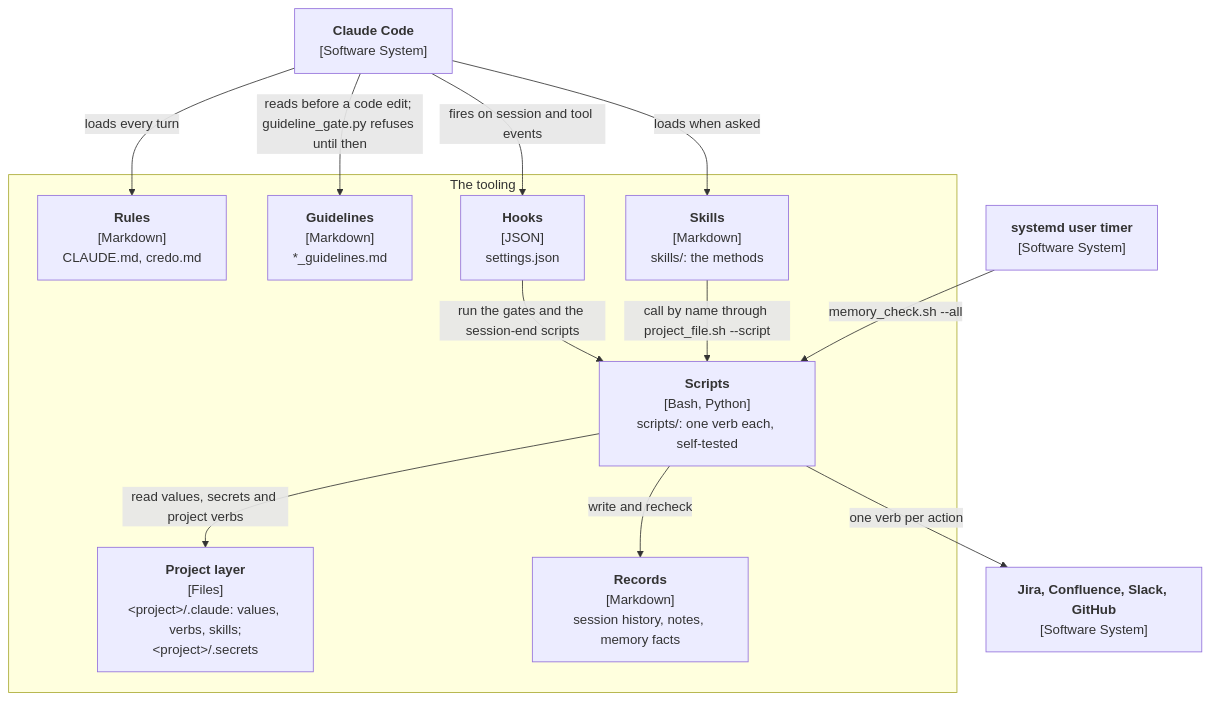
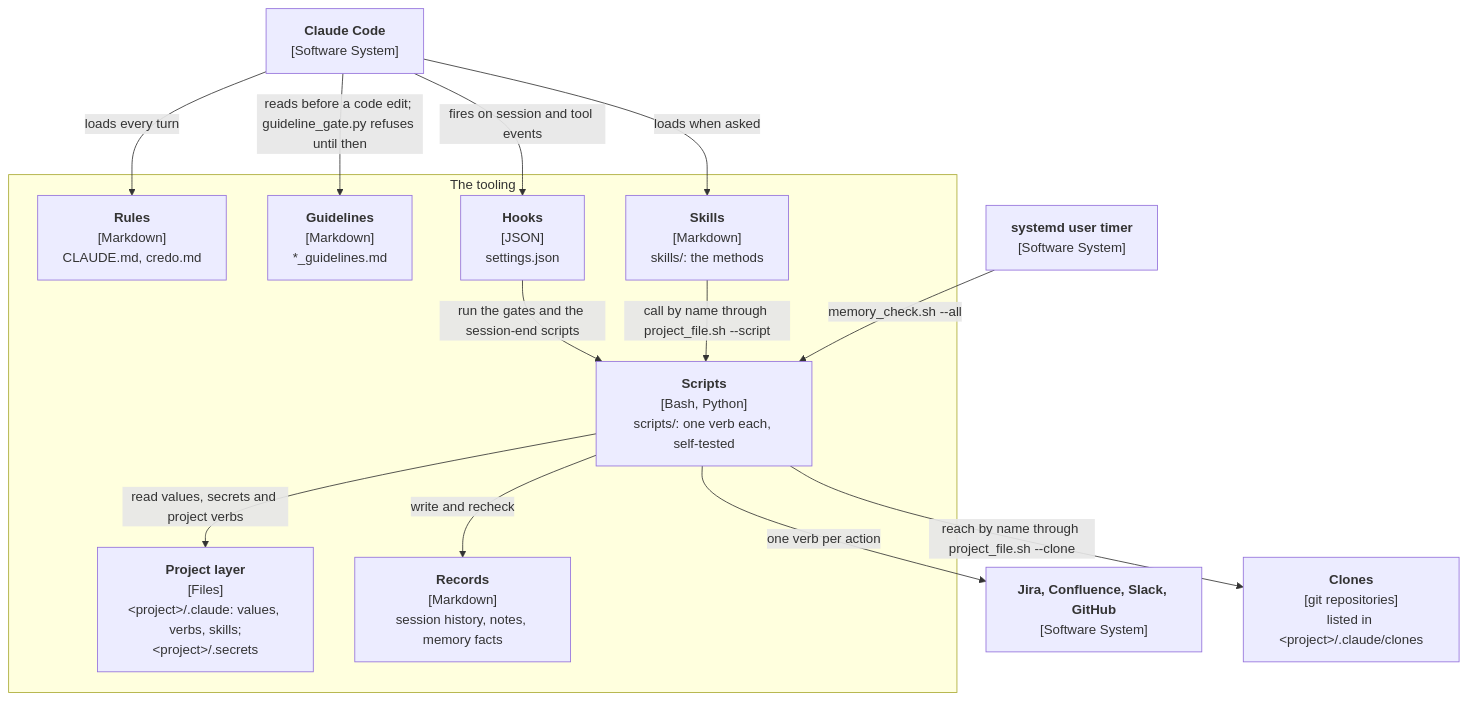
Before and after one commit to iguigova/dotclaude: the second of 4 diagrams in ARCHITECTURE.md, drawn with Mermaid. The commit also changed other lines of this file and 19 other files, not shown here.

````diff
--- a/ARCHITECTURE.md
+++ b/ARCHITECTURE.md
@@ -137,25 +155,27 @@
 ```mermaid
 flowchart TB
   cc["<b>Claude Code</b><br>[Software System]"]
   timer["<b>systemd user timer</b><br>[Software System]"]
   ext["<b>Jira, Confluence, Slack, GitHub</b><br>[Software System]"]
   subgraph sys [The tooling]
     rules["<b>Rules</b><br>[Markdown]<br>CLAUDE.md, credo.md"]
     guides["<b>Guidelines</b><br>[Markdown]<br>*_guidelines.md"]
     hooks["<b>Hooks</b><br>[JSON]<br>settings.json"]
     skills["<b>Skills</b><br>[Markdown]<br>skills/: the methods"]
     scripts["<b>Scripts</b><br>[Bash, Python]<br>scripts/: one verb each, self-tested"]
     project["<b>Project layer</b><br>[Files]<br>&lt;project&gt;/.claude: values, verbs, skills;<br>&lt;project&gt;/.secrets"]
     records["<b>Records</b><br>[Markdown]<br>session history, notes, memory facts"]
   end
+  clones["<b>Clones</b><br>[git repositories]<br>listed in &lt;project&gt;/.claude/clones"]
   cc -- "loads every turn" --> rules
   cc -- "reads before a code edit; guideline_gate.py refuses until then" --> guides
   cc -- "fires on session and tool events" --> hooks
   cc -- "loads when asked" --> skills
   hooks -- "run the gates and the session-end scripts" --> scripts
   skills -- "call by name through project_file.sh --script" --> scripts
   scripts -- "read values, secrets and project verbs" --> project
   scripts -- "write and recheck" --> records
+  scripts -- "reach by name through project_file.sh --clone" --> clones
   timer -- "memory_check.sh --all" --> scripts
   scripts -- "one verb per action" --> ext
 ```
````
